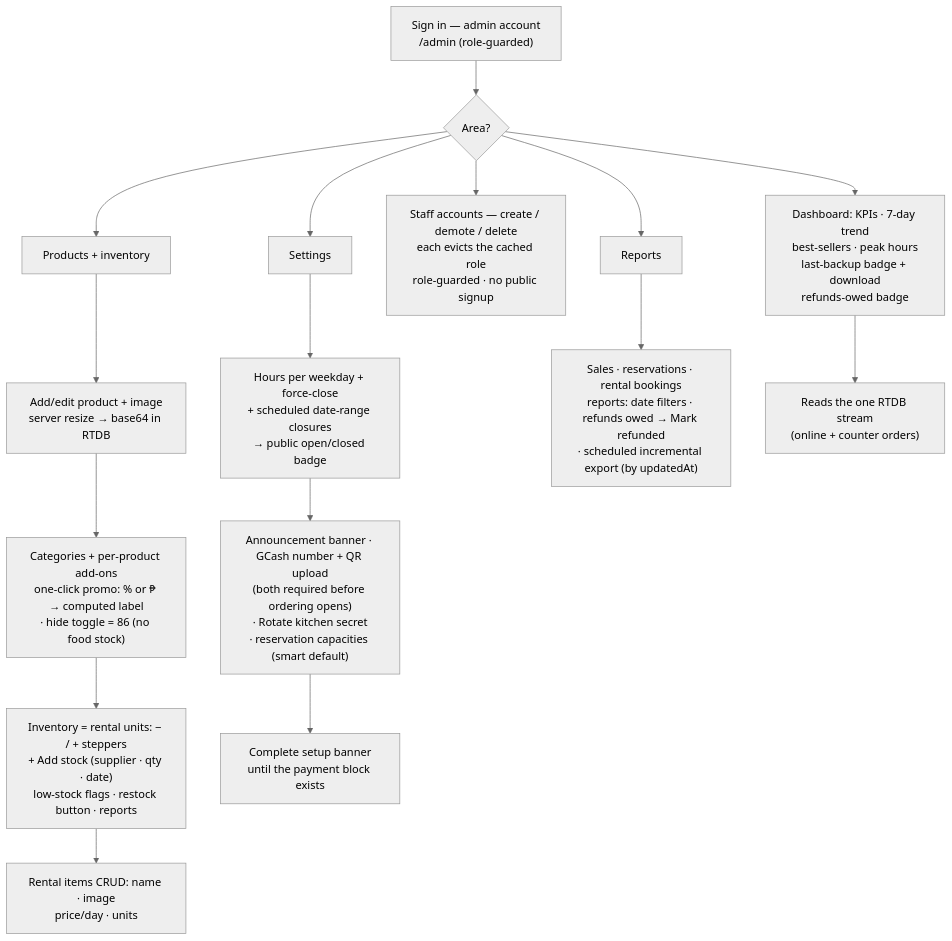
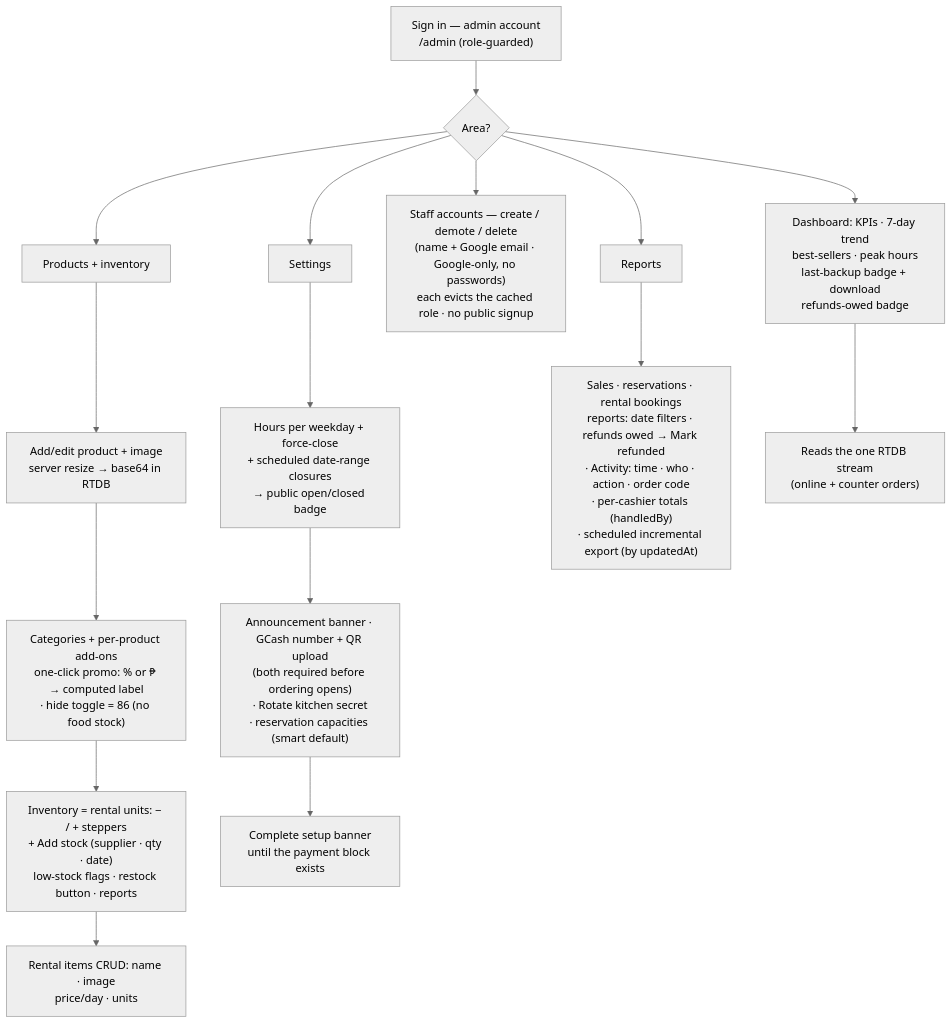
Before and after one commit to S1NXIAN/CRNP: the diagram in docs/flow-charts/admin.md, drawn with Mermaid (neutral theme). The commit also changed 3 other files, not shown here.

````diff
--- a/docs/flow-charts/admin.md
+++ b/docs/flow-charts/admin.md
@@ -3,18 +3,18 @@
 ```mermaid
 flowchart TD
     A["Sign in — admin account<br/>/admin (role-guarded)"] --> B{"Area?"}
     B --> C["Dashboard: KPIs · 7-day trend<br/>best-sellers · peak hours<br/>last-backup badge + download<br/>refunds-owed badge"]
     B --> D["Products + inventory"]
-    B --> SA["Staff accounts — create / demote / delete<br/>each evicts the cached role<br/>role-guarded · no public signup"]
+    B --> SA["Staff accounts — create / demote / delete<br/>(name + Google email · Google-only, no passwords)<br/>each evicts the cached role · no public signup"]
     B --> E["Settings"]
     B --> F["Reports"]
     D --> D1["Add/edit product + image<br/>server resize → base64 in RTDB"]
     D1 --> D2["Categories + per-product add-ons<br/>one-click promo: % or ₱ → computed label<br/>· hide toggle = 86 (no food stock)"]
     D2 --> D3["Inventory = rental units: − / + steppers<br/>+ Add stock (supplier · qty · date)<br/>low-stock flags · restock button · reports"]
     D3 --> D4["Rental items CRUD: name · image<br/>price/day · units"]
     E --> E1["Hours per weekday + force-close<br/>+ scheduled date-range closures<br/>→ public open/closed badge"]
     E1 --> E2["Announcement banner · GCash number + QR upload<br/>(both required before ordering opens)<br/>· Rotate kitchen secret<br/>· reservation capacities (smart default)"]
     E2 --> E3["Complete setup banner<br/>until the payment block exists"]
-    F --> F1["Sales · reservations · rental bookings<br/>reports: date filters · refunds owed → Mark refunded<br/>· scheduled incremental export (by updatedAt)"]
+    F --> F1["Sales · reservations · rental bookings<br/>reports: date filters · refunds owed → Mark refunded<br/>· Activity: time · who · action · order code<br/>· per-cashier totals (handledBy)<br/>· scheduled incremental export (by updatedAt)"]
     C --> G["Reads the one RTDB stream<br/>(online + counter orders)"]
 ```
````
